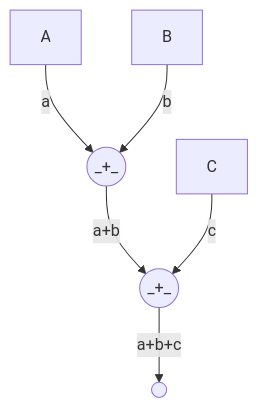
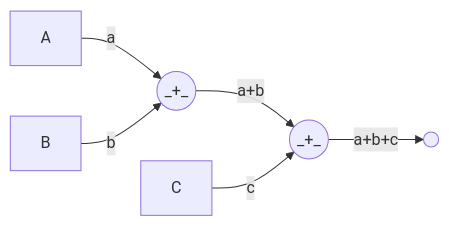
The diagram in docs/1-intro.md (erhant/arithmetic-circuits), drawn with Mermaid before and after one commit. The commit also changed 6 other files, not shown here.

````diff
--- a/docs/1-intro.md
+++ b/docs/1-intro.md
@@ -27,10 +27,10 @@
 ```mermaid
-graph TD
+graph LR
     a1(("_+_")); a2(("_+_"));
     A --"a"--> a1
     B --"b"--> a1
     a1 --"a+b"--> a2
     C --"c"--> a2
     a2 --"a+b+c"--> O((" "))
 
 ```
````
